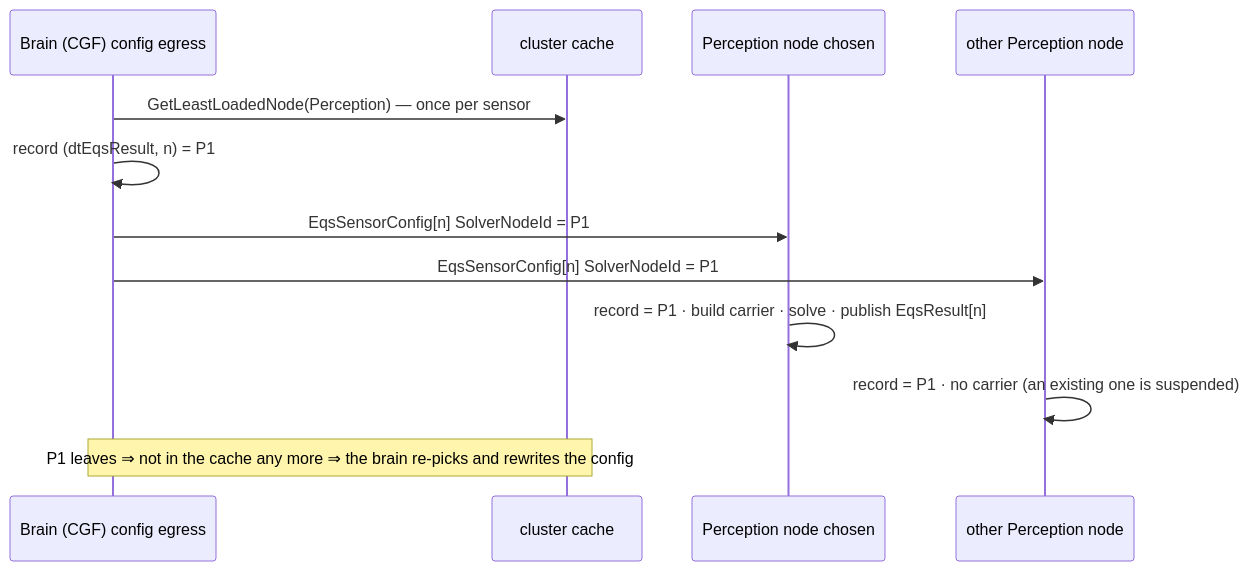
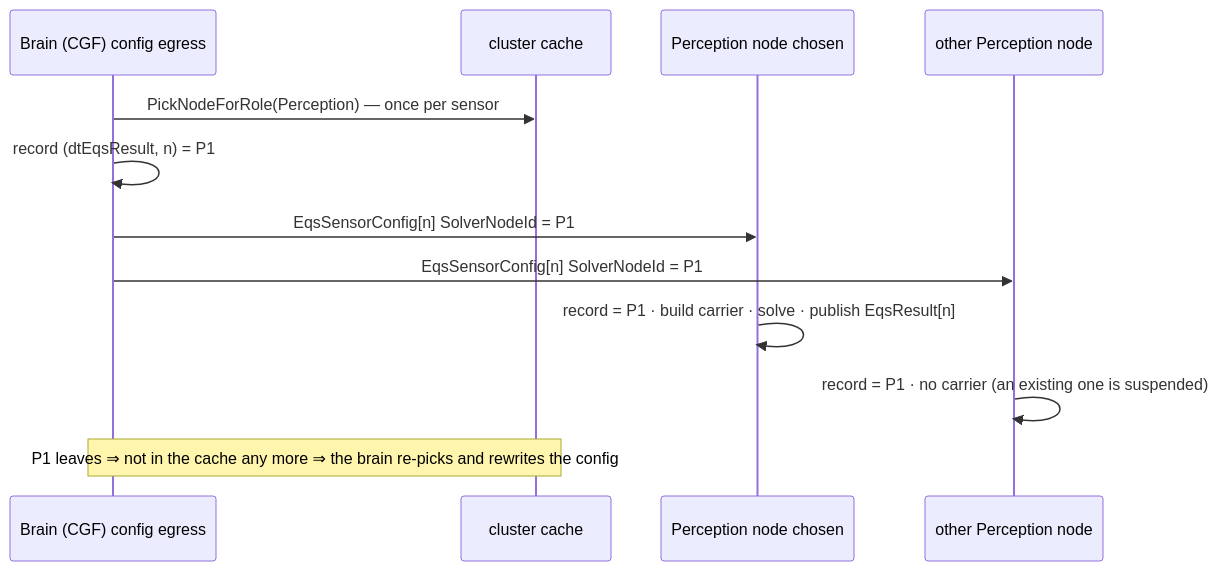
Before and after one commit to pjanec/HROT: the eighth of 11 diagrams in docs/DESIGN_Ownership_Groups_And_Grants.md, drawn with Mermaid. The commit also changed other lines of this file and 7 other files, not shown here.

First line of the commit message:
C1: rename IClusterStateCache.GetLeastLoadedNode -> PickNodeForRole (Roslyn); the lowest-node-id pick is now its stated contract

````diff
--- a/docs/DESIGN_Ownership_Groups_And_Grants.md
+++ b/docs/DESIGN_Ownership_Groups_And_Grants.md
@@ -469,14 +469,14 @@
 ```mermaid
 sequenceDiagram
     participant B as Brain (CGF) config egress
     participant C as cluster cache
     participant P1 as Perception node chosen
     participant P2 as other Perception node
-    B->>C: GetLeastLoadedNode(Perception) — once per sensor
+    B->>C: PickNodeForRole(Perception) — once per sensor
     B->>B: record (dtEqsResult, n) = P1
     B->>P1: EqsSensorConfig[n] SolverNodeId = P1
     B->>P2: EqsSensorConfig[n] SolverNodeId = P1
     P1->>P1: record = P1 · build carrier · solve · publish EqsResult[n]
     P2->>P2: record = P1 · no carrier (an existing one is suspended)
     Note over B,C: P1 leaves ⇒ not in the cache any more ⇒ the brain re-picks and rewrites the config
 ```
````
